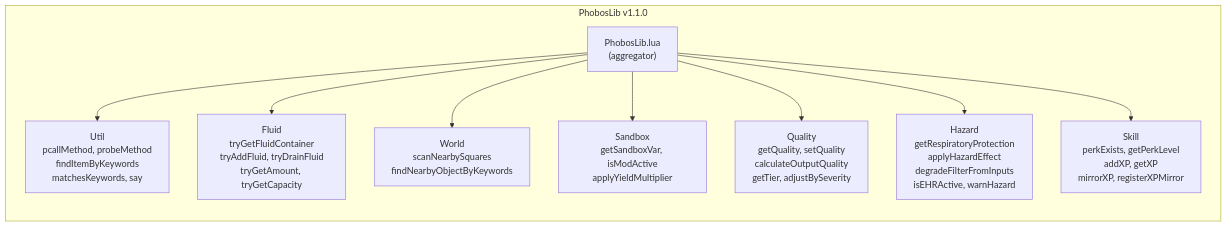
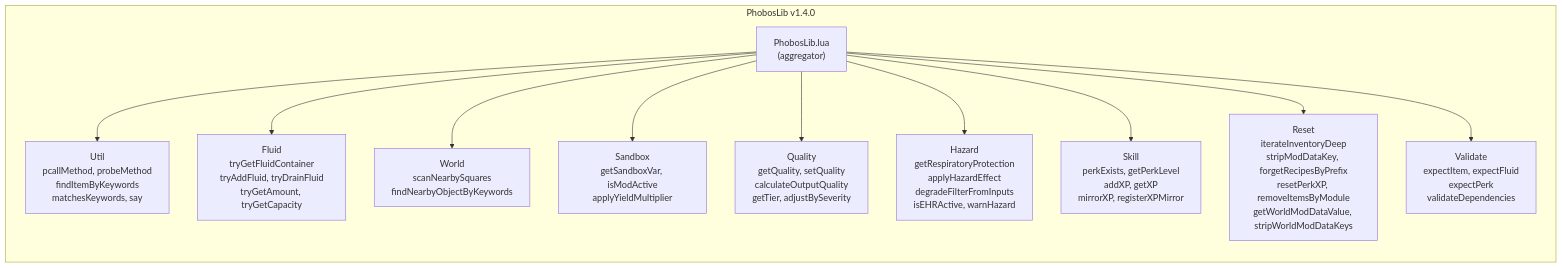
One commit to phobos-dthorga/mod-pz-chemistry-pathways changed the second of 5 diagrams in docs/diagrams/architecture.md. Above: the diagram before and after it, drawn with Mermaid. The commit also changed other lines of this file and 3 other files, not shown here.

````diff
--- a/docs/diagrams/architecture.md
+++ b/docs/diagrams/architecture.md
@@ -50,28 +50,34 @@
 ```mermaid
 graph LR
-    subgraph LIB["PhobosLib v1.1.0"]
+    subgraph LIB["PhobosLib v1.4.0"]
         INIT["PhobosLib.lua<br/>(aggregator)"]
 
         UTIL["Util<br/>pcallMethod, probeMethod<br/>findItemByKeywords<br/>matchesKeywords, say"]
 
         FLUID["Fluid<br/>tryGetFluidContainer<br/>tryAddFluid, tryDrainFluid<br/>tryGetAmount, tryGetCapacity"]
 
         WORLD["World<br/>scanNearbySquares<br/>findNearbyObjectByKeywords"]
 
         SANDBOX["Sandbox<br/>getSandboxVar, isModActive<br/>applyYieldMultiplier"]
 
         QUALITY["Quality<br/>getQuality, setQuality<br/>calculateOutputQuality<br/>getTier, adjustBySeverity"]
 
         HAZ["Hazard<br/>getRespiratoryProtection<br/>applyHazardEffect<br/>degradeFilterFromInputs<br/>isEHRActive, warnHazard"]
 
         SKL["Skill<br/>perkExists, getPerkLevel<br/>addXP, getXP<br/>mirrorXP, registerXPMirror"]
+
+        RST["Reset<br/>iterateInventoryDeep<br/>stripModDataKey, forgetRecipesByPrefix<br/>resetPerkXP, removeItemsByModule<br/>getWorldModDataValue, stripWorldModDataKeys"]
+
+        VAL["Validate<br/>expectItem, expectFluid<br/>expectPerk<br/>validateDependencies"]
     end
 
     INIT --> UTIL
     INIT --> FLUID
     INIT --> WORLD
     INIT --> SANDBOX
     INIT --> QUALITY
     INIT --> HAZ
     INIT --> SKL
+    INIT --> RST
+    INIT --> VAL
 ```
````
